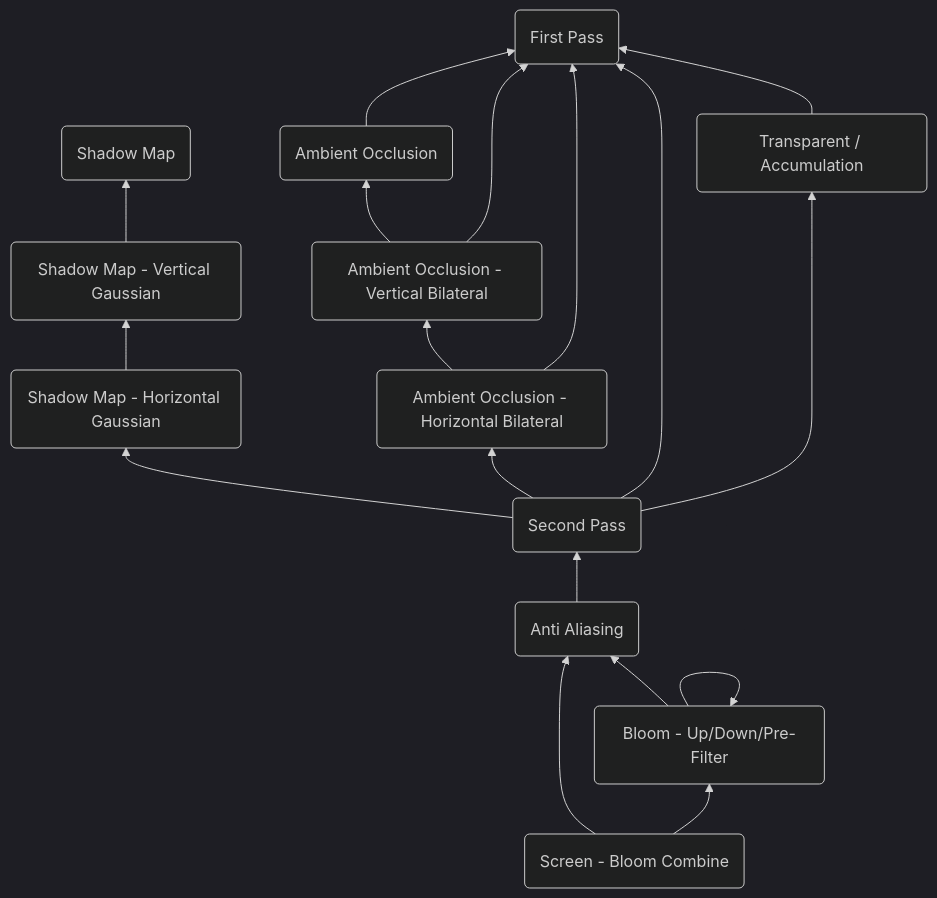
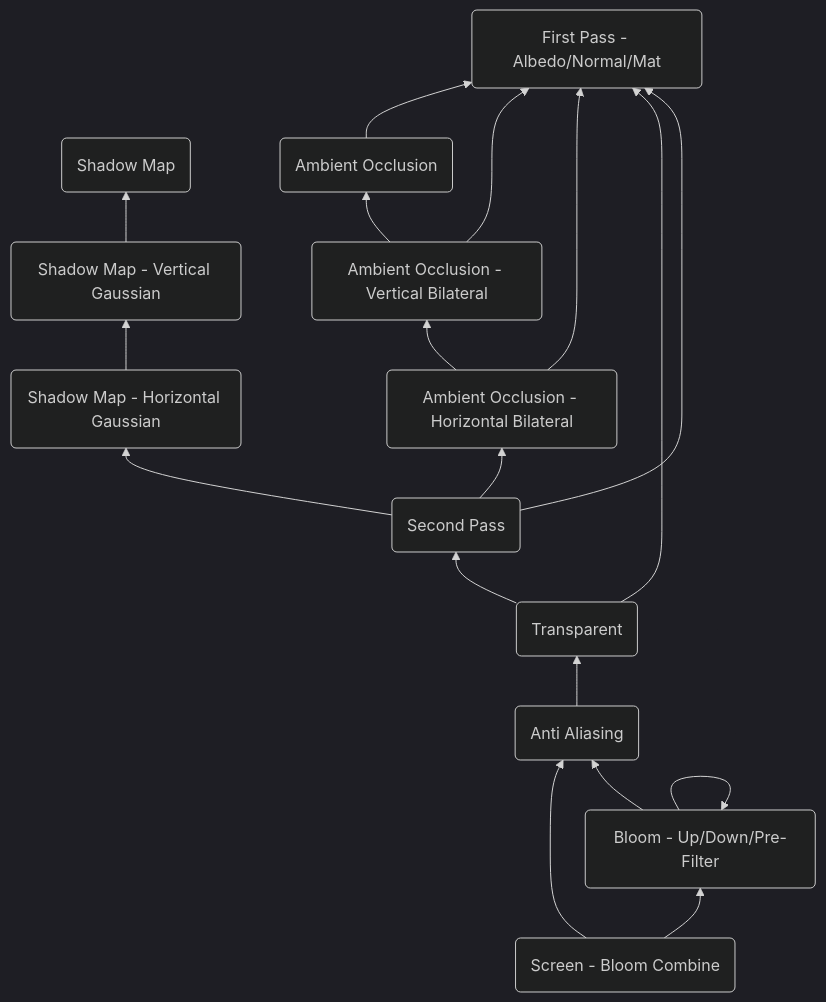
One commit to petitg1987/urchinEngine changed the diagram in 3dEngine/docs/DependencyGraph.md. Above: the diagram before and after it, drawn with Mermaid (dark theme). The commit also changed 7 other files, not shown here.

````diff
--- a/3dEngine/docs/DependencyGraph.md
+++ b/3dEngine/docs/DependencyGraph.md
@@ -3,22 +3,20 @@
 ```mermaid
 graph BT
-A(Screen - Bloom Combine) -->B(Bloom - Up/Down/Pre-Filter)
+    A(Screen - Bloom Combine) -->B(Bloom - Up/Down/Pre-Filter)
     B --> B
     B --> C(Anti Aliasing)
     A --> C
-    C --> D(Second Pass)
-    D --> E(Shadow Map - Horizontal Gaussian)
-    E --> F(Shadow Map - Vertical Gaussian)
-    F --> G(Shadow Map)
-    
-    D --> I(Transparent / Accumulation)
-    I --> J(First Pass)
-    D --> J
-    
-    D --> L(Ambient Occlusion - Horizontal Bilateral)
-    L --> J
-    L --> M(Ambient Occlusion - Vertical Bilateral)
-    M --> J
-    M --> N(Ambient Occlusion)
-    N --> J
+    C --> D(Transparent)
+    D --> E(Second Pass)
+    E --> F(Shadow Map - Horizontal Gaussian)
+    F --> G(Shadow Map - Vertical Gaussian)
+    G --> H(Shadow Map)
+    E --> K(First Pass - Albedo/Normal/Mat)
+    D --> K
+    E --> M(Ambient Occlusion - Horizontal Bilateral)
+    M --> K
+    M --> N(Ambient Occlusion - Vertical Bilateral)
+    N --> K
+    N --> O(Ambient Occlusion)
+    O --> K
 ```
````
